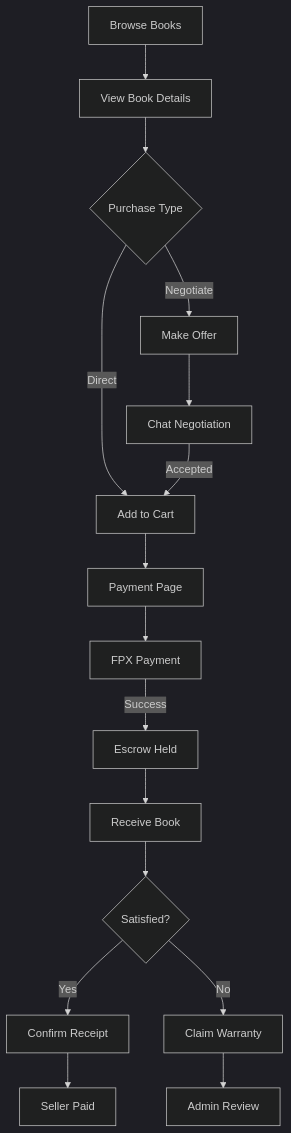
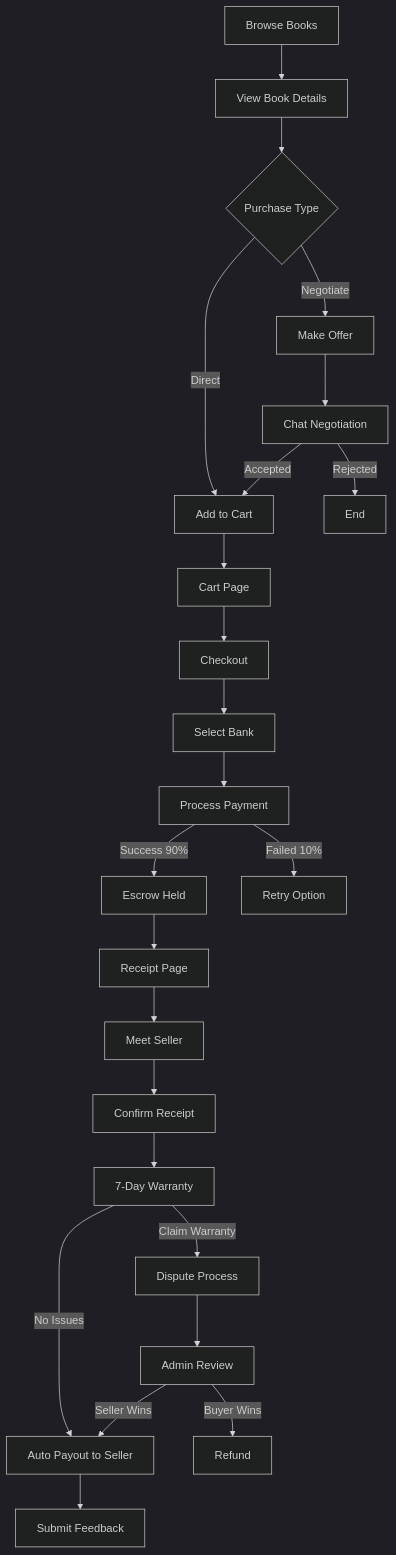
Before and after one commit to qieyl345/Web-Based_Book_E-Marketplace_with_Data_Visualization_for_Uitm: the second of 4 diagrams in README.md, drawn with Mermaid (dark theme). The commit also changed other lines of this file and 1 other file, not shown here.

````diff
--- a/README.md
+++ b/README.md
@@ -317,18 +503,26 @@
 ```mermaid
 flowchart TD
     A[Browse Books] --> B[View Book Details]
     B --> C{Purchase Type}
     C -->|Direct| D[Add to Cart]
     C -->|Negotiate| E[Make Offer]
     E --> F[Chat Negotiation]
     F -->|Accepted| D
-    D --> G[Payment Page]
-    G --> H[FPX Payment]
-    H -->|Success| I[Escrow Held]
-    I --> J[Receive Book]
-    J --> K{Satisfied?}
-    K -->|Yes| L[Confirm Receipt]
-    K -->|No| M[Claim Warranty]
-    L --> N[Seller Paid]
-    M --> O[Admin Review]
+    F -->|Rejected| G[End]
+    D --> H[Cart Page]
+    H --> I[Checkout]
+    I --> J[Select Bank]
+    J --> K[Process Payment]
+    K -->|Success 90%| L[Escrow Held]
+    K -->|Failed 10%| M[Retry Option]
+    L --> N[Receipt Page]
+    N --> O[Meet Seller]
+    O --> P[Confirm Receipt]
+    P --> Q[7-Day Warranty]
+    Q -->|No Issues| R[Auto Payout to Seller]
+    Q -->|Claim Warranty| S[Dispute Process]
+    R --> T[Submit Feedback]
+    S --> U[Admin Review]
+    U -->|Buyer Wins| V[Refund]
+    U -->|Seller Wins| R
 ```
````
